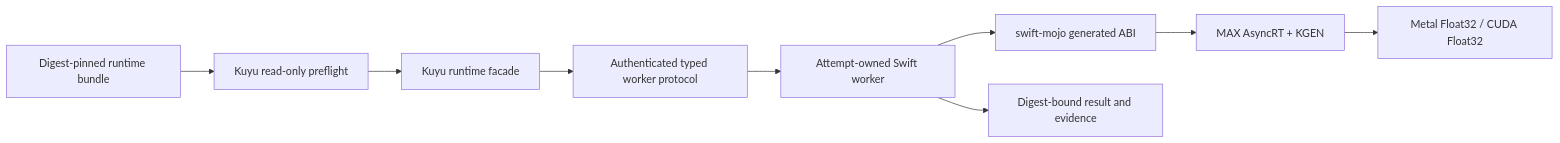
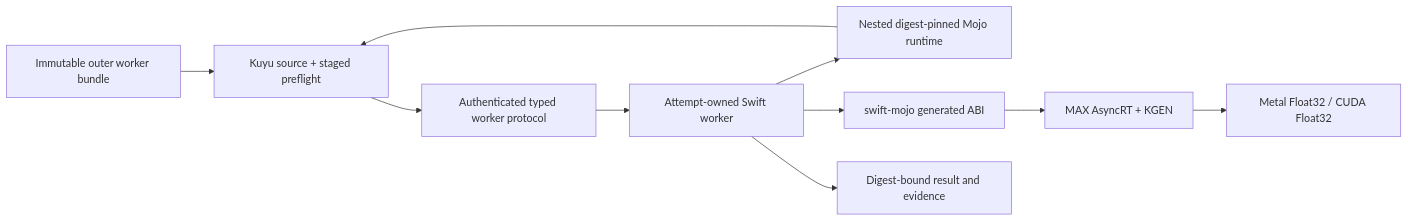
One commit to 1amageek/kuyu-mojo changed the diagram in ACCELERATOR_ARCHITECTURE.md. Above: the diagram before and after it, drawn with Mermaid. The commit also changed other lines of this file and 12 other files, not shown here.

Commit message:
Separate Mojo runtime from training worker

````diff
--- a/ACCELERATOR_ARCHITECTURE.md
+++ b/ACCELERATOR_ARCHITECTURE.md
@@ -44,11 +45,12 @@
 ```mermaid
 flowchart LR
-  Bundle["Digest-pinned runtime bundle"] --> Preflight["Kuyu read-only preflight"]
-  Preflight --> App["Kuyu runtime facade"]
-  App --> Protocol["Authenticated typed worker protocol"]
+  Outer["Immutable outer worker bundle"] --> Preflight["Kuyu source + staged preflight"]
+  Runtime["Nested digest-pinned Mojo runtime"] --> Preflight
+  Preflight --> Protocol["Authenticated typed worker protocol"]
   Protocol --> Worker["Attempt-owned Swift worker"]
+  Worker --> Runtime
   Worker --> Bridge["swift-mojo generated ABI"]
   Bridge --> MAX["MAX AsyncRT + KGEN"]
   MAX --> Device["Metal Float32 / CUDA Float32"]
   Worker --> Evidence["Digest-bound result and evidence"]
 ```
````
